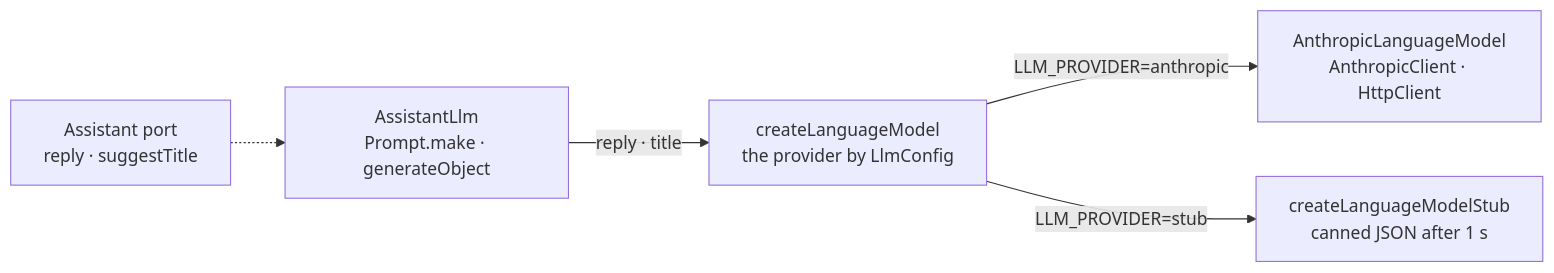
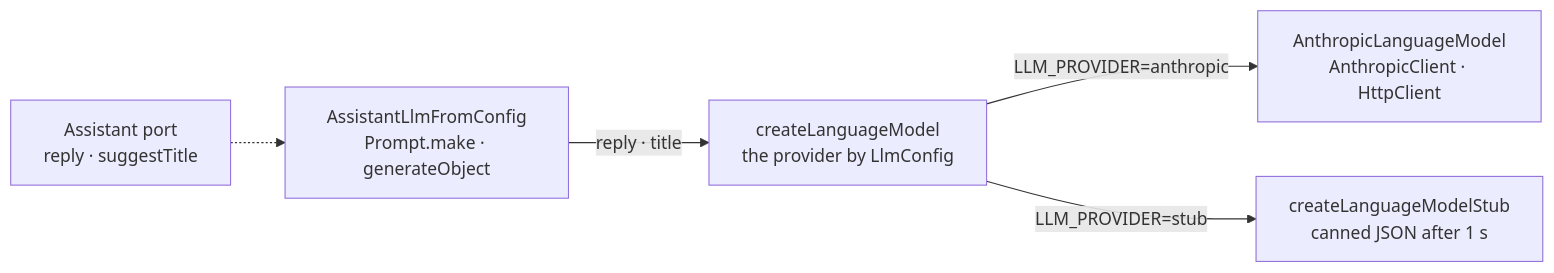
The diagram in docs/knowledge/ai.md (khotei/app-template), drawn with Mermaid before and after one commit. The commit also changed other lines of this file and 46 other files, not shown here.

````diff
--- a/docs/knowledge/ai.md
+++ b/docs/knowledge/ai.md
@@ -19,7 +19,7 @@
 ```mermaid
 graph LR
-  P["Assistant port<br/>reply · suggestTitle"] -.-> L["AssistantLlm<br/>Prompt.make · generateObject"]
+  P["Assistant port<br/>reply · suggestTitle"] -.-> L["AssistantLlmFromConfig<br/>Prompt.make · generateObject"]
   L -->|"reply · title"| K["createLanguageModel<br/>the provider by LlmConfig"]
   K -->|"LLM_PROVIDER=anthropic"| A["AnthropicLanguageModel<br/>AnthropicClient · HttpClient"]
   K -->|"LLM_PROVIDER=stub"| S["createLanguageModelStub<br/>canned JSON after 1 s"]
 ```
````
